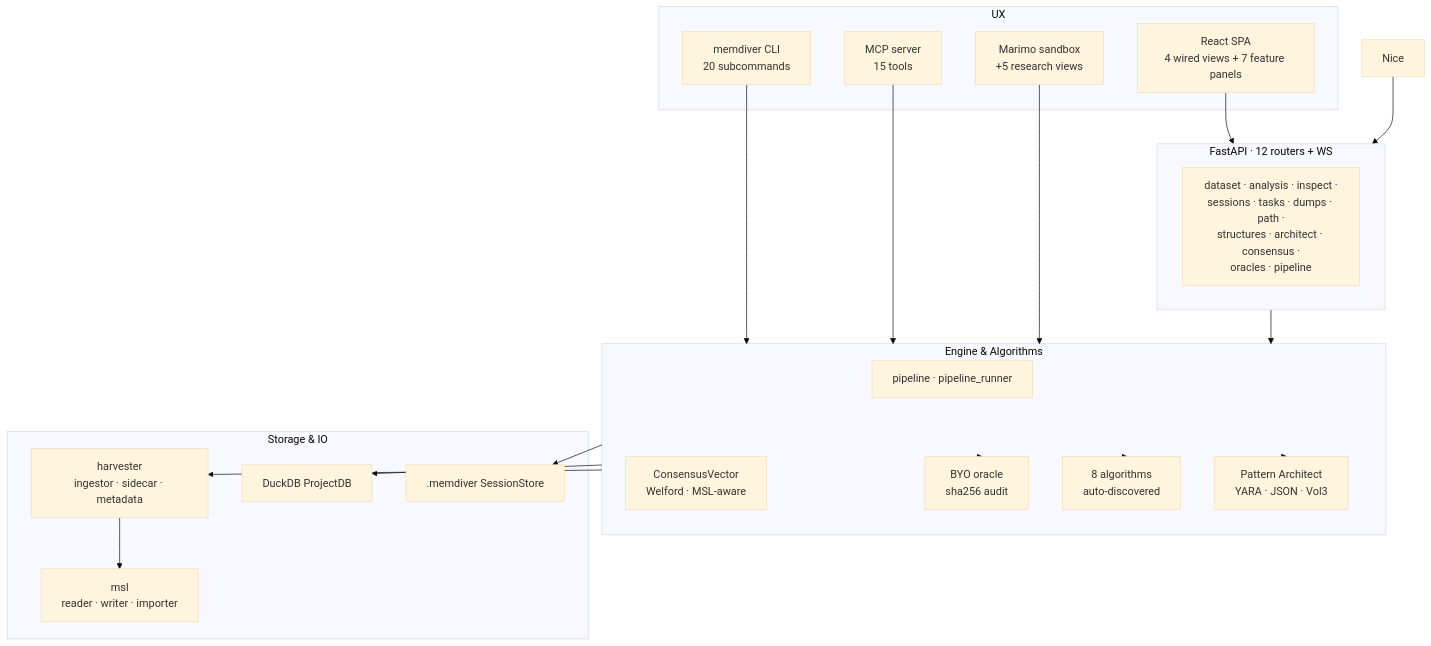
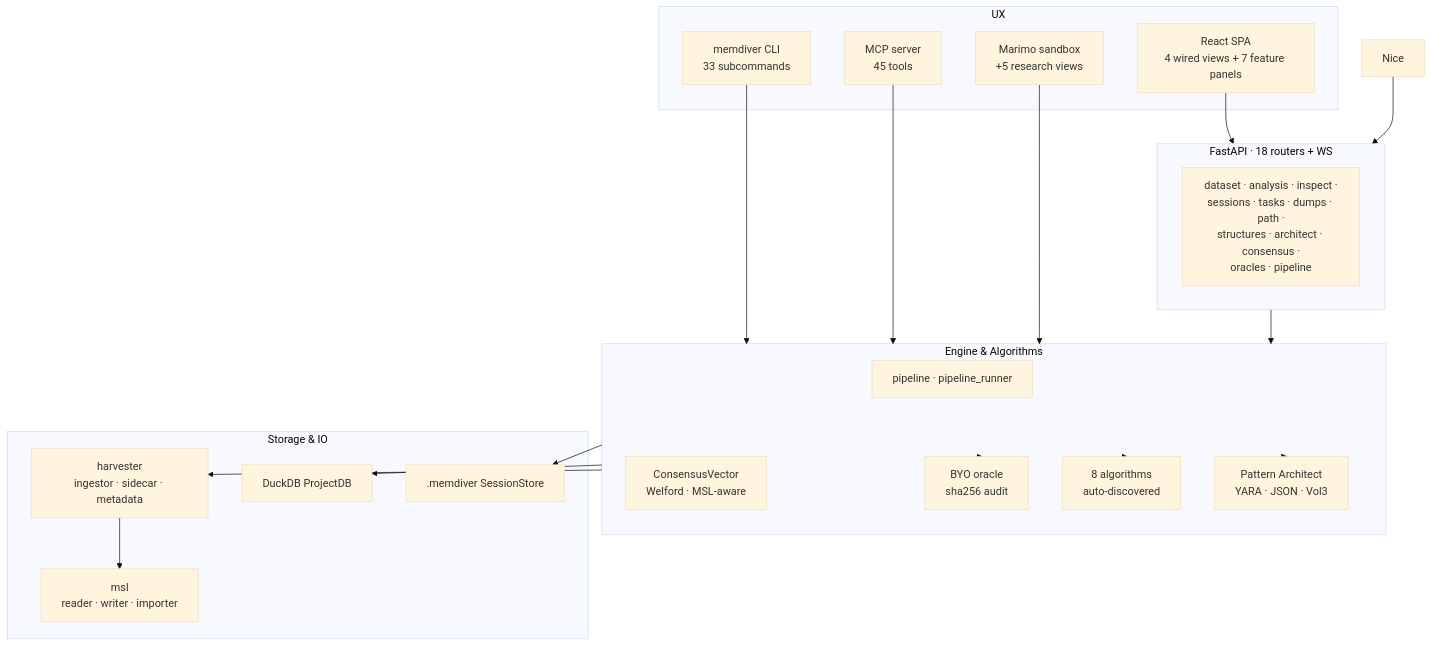
Before and after one commit to MemorySlice/MemDiver: the diagram in docs/architecture/index.md, drawn with Mermaid (base theme). The commit also changed 59 other files, not shown here.

````diff
--- a/docs/architecture/index.md
+++ b/docs/architecture/index.md
@@ -5,38 +5,38 @@
 ```{mermaid}
 flowchart TB
     subgraph UX
         Web[React SPA<br/>4 wired views + 7 feature panels]
-        CLI[memdiver CLI<br/>20 subcommands]
-        MCP[MCP server<br/>15 tools]
+        CLI[memdiver CLI<br/>33 subcommands]
+        MCP[MCP server<br/>45 tools]
         Marimo[Marimo sandbox<br/>+5 research views]
     end
-    subgraph API[FastAPI · 12 routers + WS]
+    subgraph API[FastAPI · 18 routers + WS]
         Routers[dataset · analysis · inspect ·<br/>sessions · tasks · dumps · path ·<br/>structures · architect · consensus ·<br/>oracles · pipeline]
     end
     subgraph Engine[Engine &amp; Algorithms]
         Pipeline[pipeline · pipeline_runner]
         Consensus[ConsensusVector<br/>Welford · MSL-aware]
         Oracle[BYO oracle<br/>sha256 audit]
         Algos[8 algorithms<br/>auto-discovered]
         Architect[Pattern Architect<br/>YARA · JSON · Vol3]
     end
     subgraph Storage[Storage &amp; IO]
         Harvester[harvester<br/>ingestor · sidecar · metadata]
         MSL[msl<br/>reader · writer · importer]
         ProjectDB[DuckDB ProjectDB]
         Sessions[.memdiver SessionStore]
     end
     Web --> API
     CLI --> Engine
     MCP --> Engine
     Marimo --> Engine
     Nice --> API
     API --> Engine
     Engine --> Algos
     Engine --> Oracle
     Engine --> Architect
     Engine --> Harvester
     Harvester --> MSL
     Engine --> ProjectDB
     Engine --> Sessions
 ```
````
